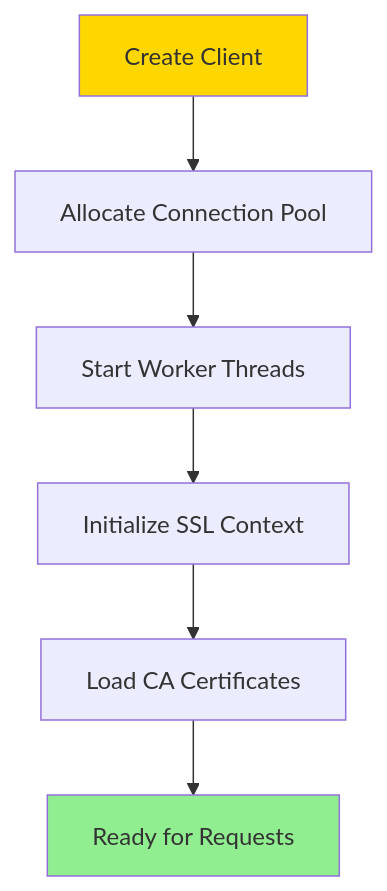
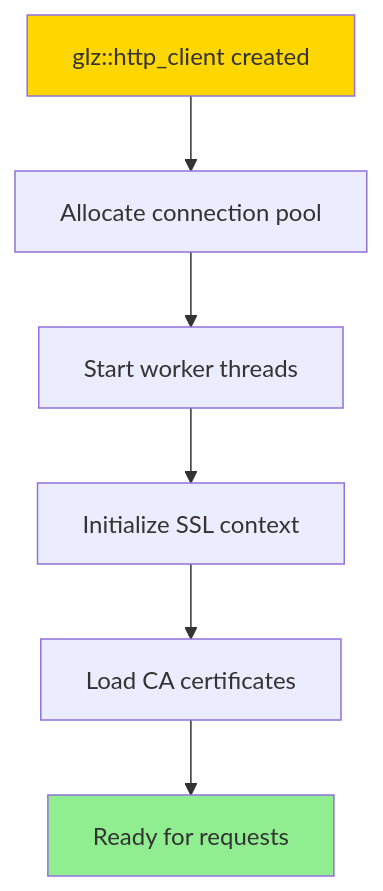
One commit to guzman109/icicle-insights changed the first of 3 diagrams in docs/http-client-guide.md. Above: the diagram before and after it, drawn with Mermaid. The commit also changed other lines of this file and 31 other files, not shown here.

````diff
--- a/docs/http-client-guide.md
+++ b/docs/http-client-guide.md
@@ -20,11 +21,11 @@
 ```mermaid
 graph TD
-    A[Create Client] --> B[Allocate Connection Pool]
-    B --> C[Start Worker Threads]
-    C --> D[Initialize SSL Context]
-    D --> E[Load CA Certificates]
-    E --> F[Ready for Requests]
+    A[glz::http_client created] --> B[Allocate connection pool]
+    B --> C[Start worker threads]
+    C --> D[Initialize SSL context]
+    D --> E[Load CA certificates]
+    E --> F[Ready for requests]
 
     style A fill:#FFD700
     style F fill:#90EE90
 ```
````
